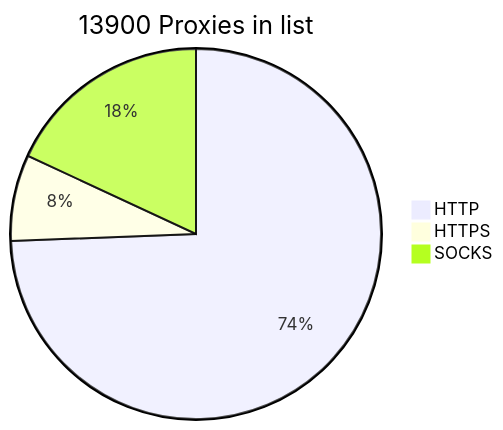
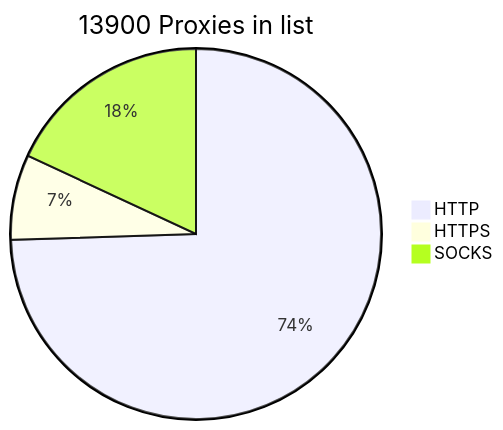
The diagram in README.md (BlackSnowDot/proxylist-update-every-minute), drawn with Mermaid before and after one commit. The commit also changed other lines of this file, not shown here.

````diff
--- a/README.md
+++ b/README.md
@@ -2,6 +2,6 @@
 ```mermaid
 pie title 13900 Proxies in list
-    "HTTP" : 10536
-    "HTTPS": 1066
-    "SOCKS" : 2559
+    "HTTP" : 10556
+    "HTTPS": 1054
+    "SOCKS" : 2560
 ```
````
